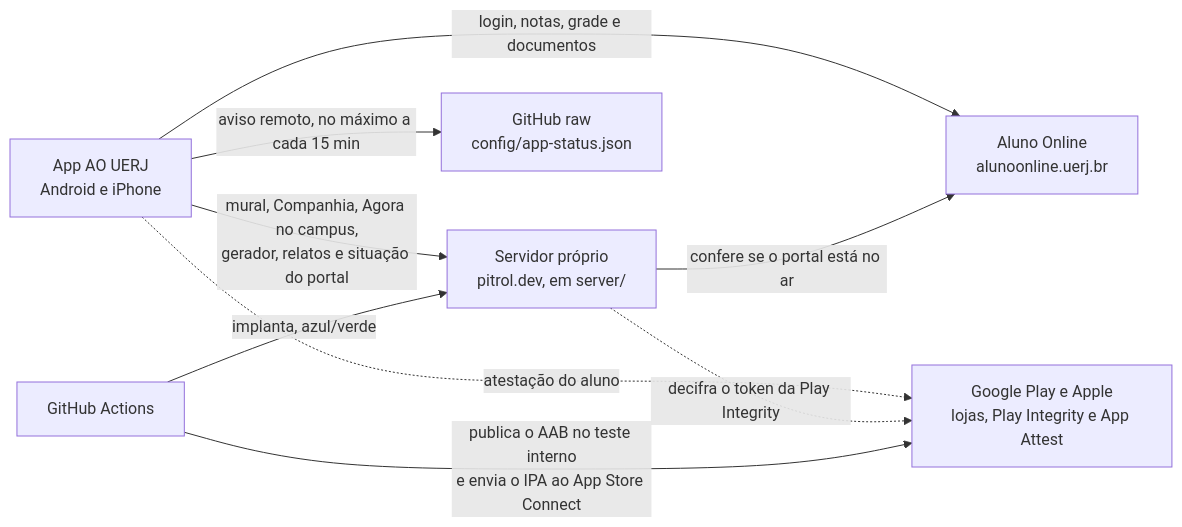
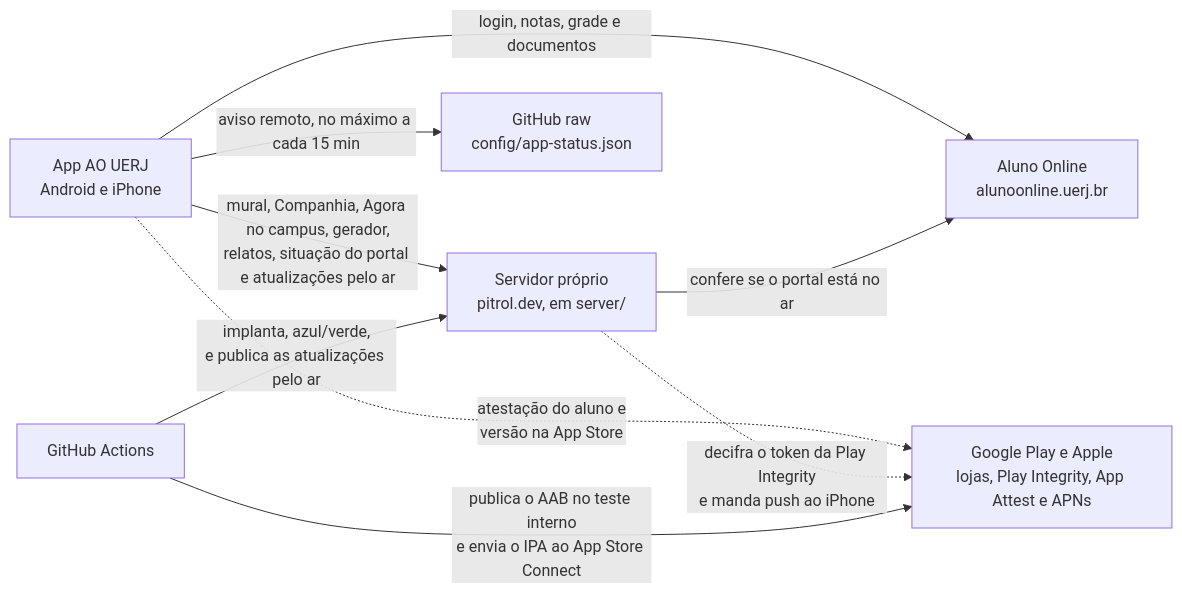
The diagram in README.md (pitroldev/ao-uerj-mobile-ts), drawn with Mermaid before and after one commit. The commit also changed other lines of this file, not shown here.

````diff
--- a/README.md
+++ b/README.md
@@ -95,18 +99,18 @@
 ```mermaid
 flowchart LR
   app["App AO UERJ<br/>Android e iPhone"]
   ao["Aluno Online<br/>alunoonline.uerj.br"]
   server["Servidor próprio<br/>pitrol.dev, em server/"]
   raw["GitHub raw<br/>config/app-status.json"]
-  lojas["Google Play e Apple<br/>lojas, Play Integrity e App Attest"]
+  lojas["Google Play e Apple<br/>lojas, Play Integrity, App Attest e APNs"]
   gha["GitHub Actions"]
 
   app -->|"login, notas, grade e documentos"| ao
-  app -->|"mural, Companhia, Agora no campus,<br/>gerador, relatos e situação do portal"| server
+  app -->|"mural, Companhia, Agora no campus, gerador,<br/>relatos, situação do portal e atualizações pelo ar"| server
   app -->|"aviso remoto, no máximo a cada 15 min"| raw
-  app -.->|"atestação do aluno"| lojas
-  server -.->|"decifra o token da Play Integrity"| lojas
+  app -.->|"atestação do aluno e<br/>versão na App Store"| lojas
+  server -.->|"decifra o token da Play Integrity<br/>e manda push ao iPhone"| lojas
   server -->|"confere se o portal está no ar"| ao
   gha -->|"publica o AAB no teste interno<br/>e envia o IPA ao App Store Connect"| lojas
-  gha -->|"implanta, azul/verde"| server
+  gha -->|"implanta, azul/verde,<br/>e publica as atualizações pelo ar"| server
 ```
````
